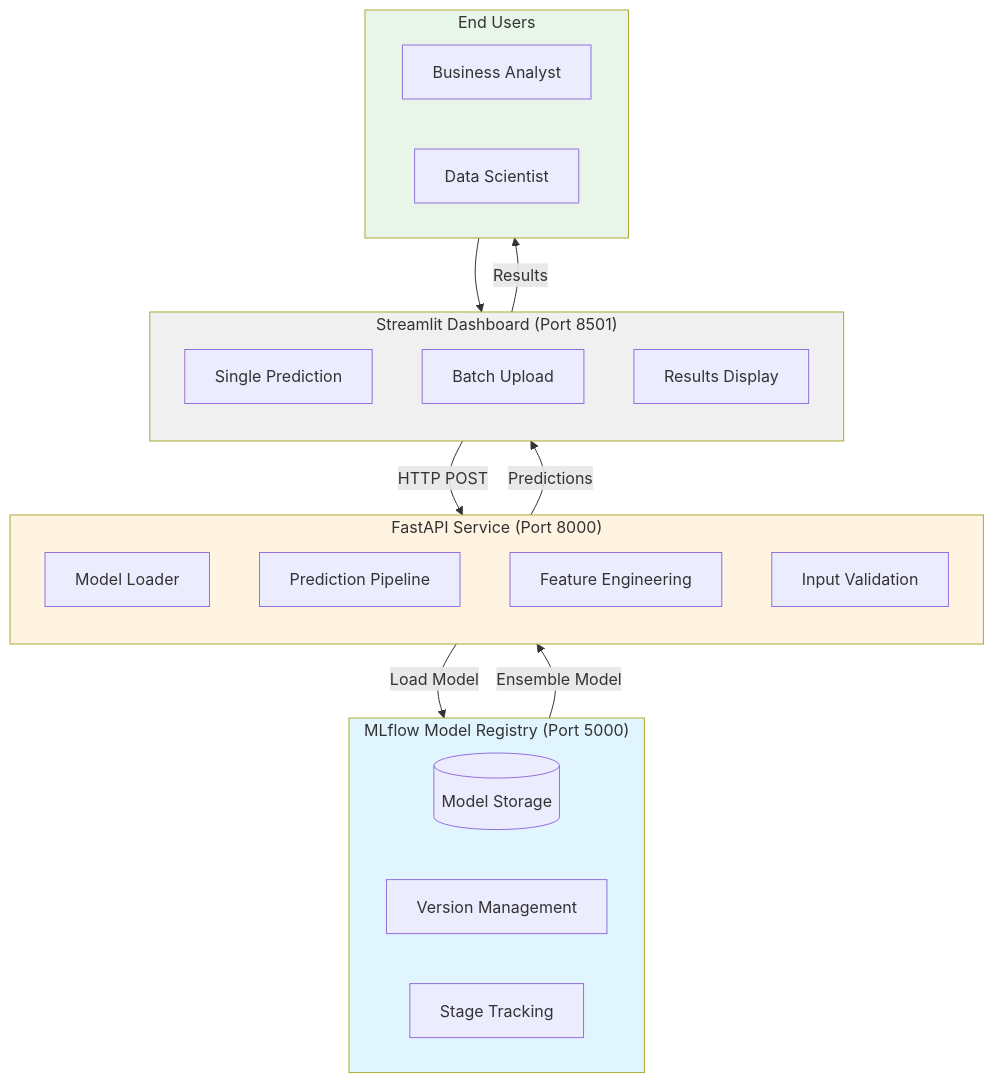
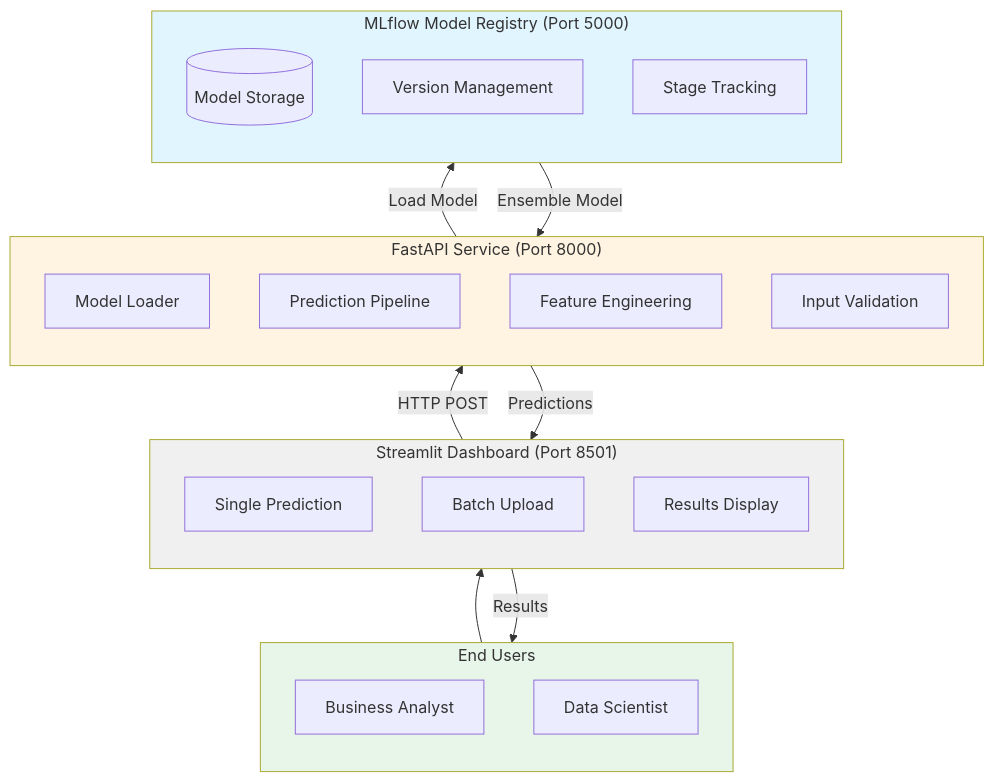
One commit to bradleyboehmke/rossmann-forecasting changed the first of 3 diagrams in docs/deployment/overview.md. Above: the diagram before and after it, drawn with Mermaid. The commit also changed 23 other files, not shown here.

````diff
--- a/docs/deployment/overview.md
+++ b/docs/deployment/overview.md
@@ -42,40 +42,40 @@
 ```mermaid
-flowchart TB
+flowchart BT
     subgraph Registry["MLflow Model Registry (Port 5000)"]
         MR[(Model Storage)]
         MV[Version Management]
         MS[Stage Tracking]
     end
 
     subgraph API["FastAPI Service (Port 8000)"]
         direction TB
         ML[Model Loader]
         PP[Prediction Pipeline]
         FE[Feature Engineering]
         VAL[Input Validation]
     end
 
     subgraph UI["Streamlit Dashboard (Port 8501)"]
         direction TB
         SP[Single Prediction]
         BP[Batch Upload]
         VIZ[Results Display]
     end
 
     subgraph User["End Users"]
         BU[Business Analyst]
         DS[Data Scientist]
     end
 
     User --> UI
     UI -->|HTTP POST| API
     API -->|Load Model| Registry
     Registry -->|Ensemble Model| API
     API -->|Predictions| UI
     UI -->|Results| User
 
     style Registry fill:#e1f5ff
     style API fill:#fff4e1
     style UI fill:#f0f0f0
     style User fill:#e8f5e9
 ```
````
